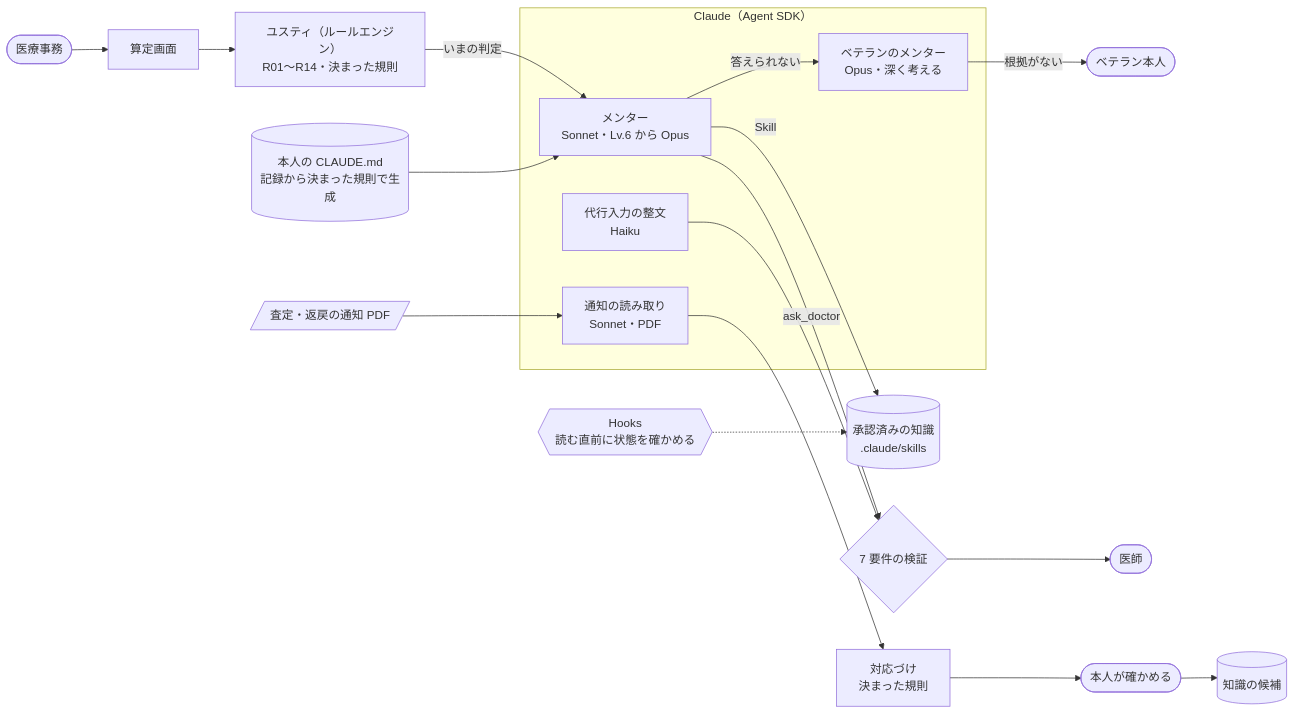
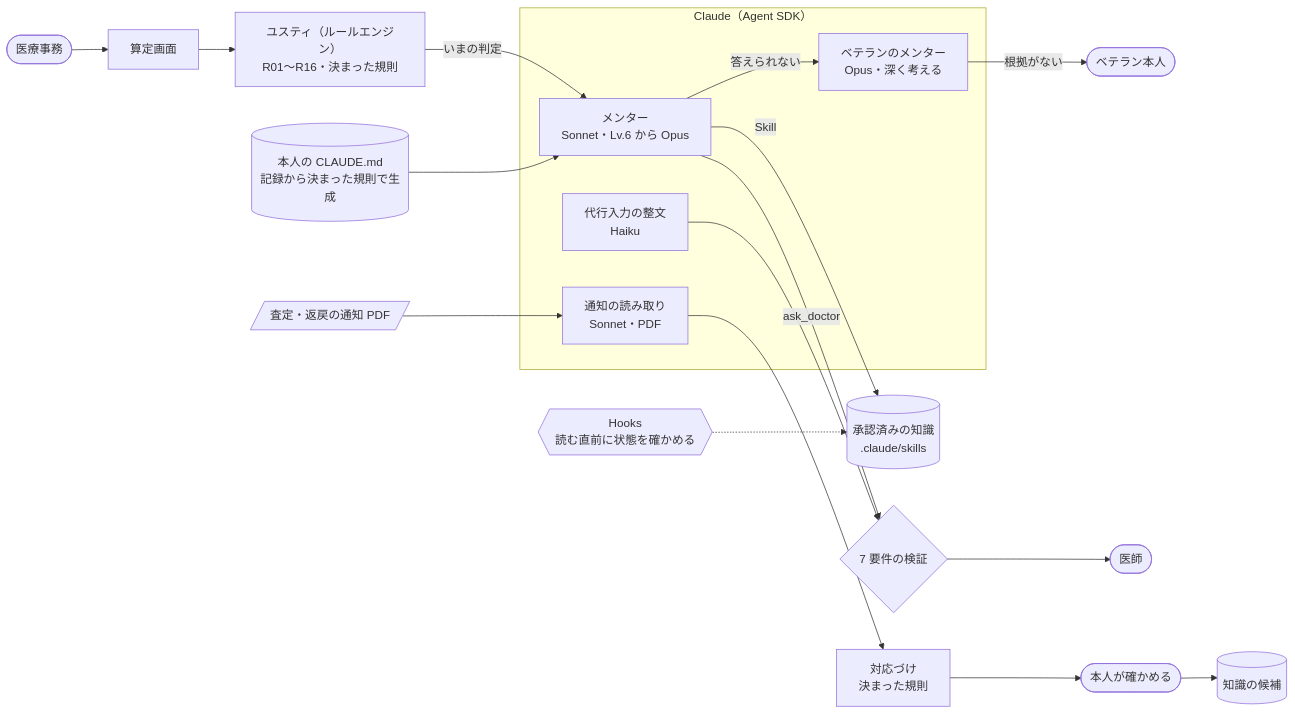
The second of 2 diagrams in README.md (toshi-naka-boop/iji-context), drawn with Mermaid before and after one commit. The commit also changed other lines of this file and 2 other files, not shown here.

````diff
--- a/README.md
+++ b/README.md
@@ -162,19 +162,19 @@
 ```mermaid
 flowchart LR
   clerk([医療事務]) --> ui[算定画面]
-  ui --> engine[ユスティ（ルールエンジン）<br>R01〜R14・決まった規則]
+  ui --> engine[ユスティ（ルールエンジン）<br>R01〜R16・決まった規則]
   engine -- いまの判定 --> mentor
   subgraph claude[Claude（Agent SDK）]
     mentor[メンター<br>Sonnet・Lv.6 から Opus]
     vet[ベテランのメンター<br>Opus・深く考える]
     scribe[代行入力の整文<br>Haiku]
     notice[通知の読み取り<br>Sonnet・PDF]
   end
   mentor -- Skill --> skills[(承認済みの知識<br>.claude/skills)]
   hooks{{Hooks<br>読む直前に状態を確かめる}} -.-> skills
   memo[(本人の CLAUDE.md<br>記録から決まった規則で生成)] --> mentor
   mentor -- 答えられない --> vet -- 根拠がない --> human([ベテラン本人])
   mentor -- ask_doctor --> check{7 要件の検証} --> doctor([医師])
   scribe --> check
   pdf[/査定・返戻の通知 PDF/] --> notice --> map[対応づけ<br>決まった規則] --> person([本人が確かめる]) --> knowledge[(知識の候補)]
 ```
````
